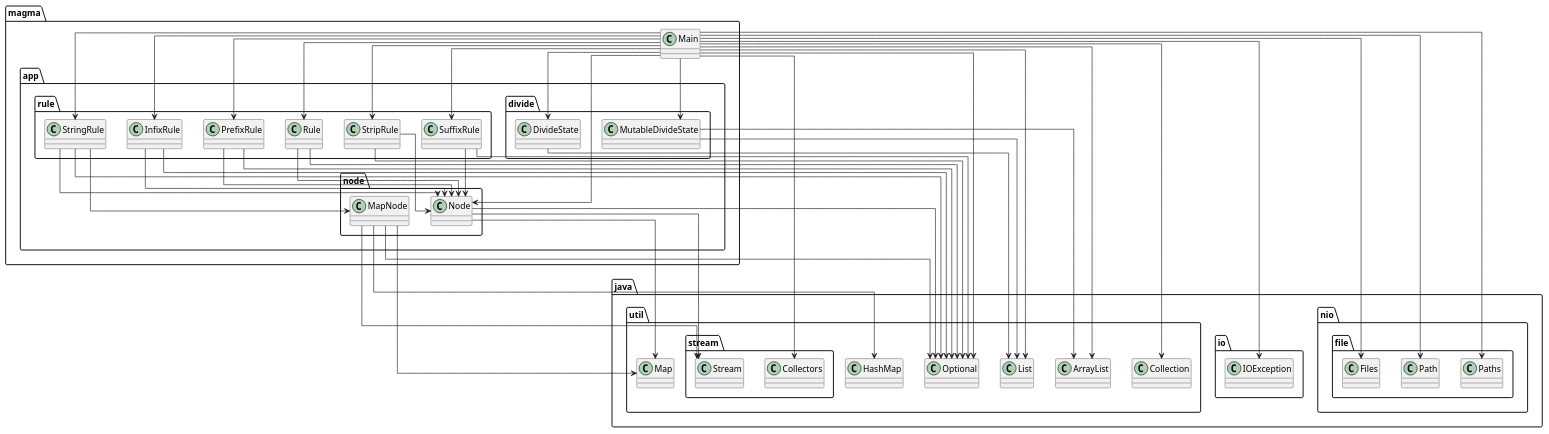
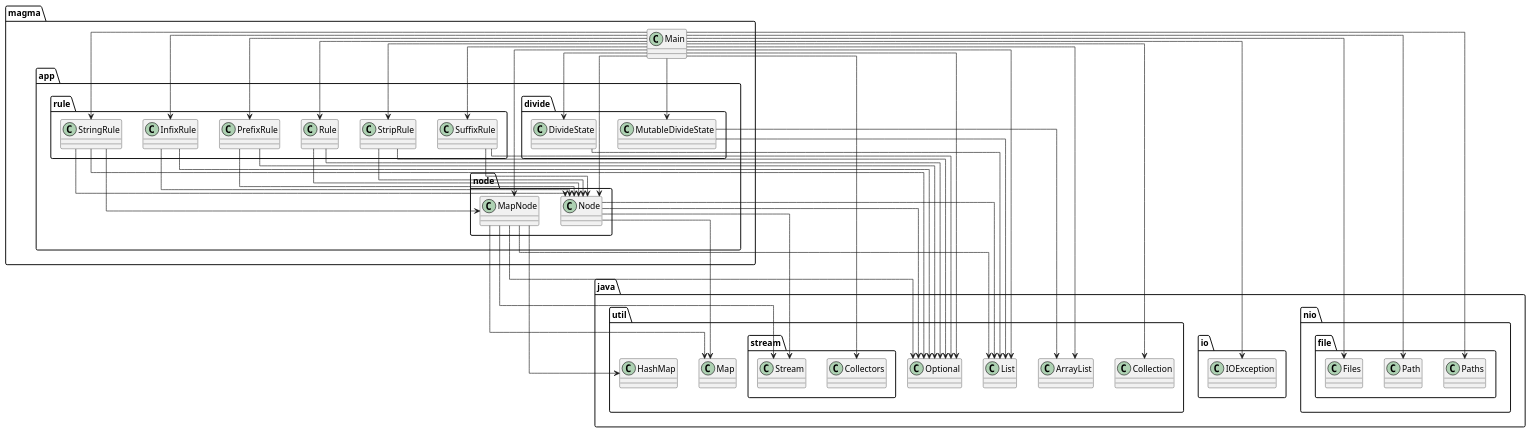
One commit to SirMathhman/Magma changed the diagram in diagram.puml. Above: the diagram before and after it, drawn with PlantUML. The commit also changed 3 other files, not shown here.

```diff
--- a/diagram.puml
+++ b/diagram.puml
@@ -1,55 +1,58 @@
 @startuml
 skinparam linetype ortho
 class magma.app.divide.DivideState
 magma.app.divide.DivideState --> java.util.List
 class magma.app.divide.MutableDivideState
 magma.app.divide.MutableDivideState --> java.util.ArrayList
 magma.app.divide.MutableDivideState --> java.util.List
 class magma.app.node.MapNode
 magma.app.node.MapNode --> java.util.HashMap
+magma.app.node.MapNode --> java.util.List
 magma.app.node.MapNode --> java.util.Map
 magma.app.node.MapNode --> java.util.Optional
 magma.app.node.MapNode --> java.util.stream.Stream
 class magma.app.node.Node
+magma.app.node.Node --> java.util.List
 magma.app.node.Node --> java.util.Map
 magma.app.node.Node --> java.util.Optional
 magma.app.node.Node --> java.util.stream.Stream
 class magma.app.rule.InfixRule
 magma.app.rule.InfixRule --> magma.app.node.Node
 magma.app.rule.InfixRule --> java.util.Optional
 class magma.app.rule.PrefixRule
 magma.app.rule.PrefixRule --> magma.app.node.Node
 magma.app.rule.PrefixRule --> java.util.Optional
 class magma.app.rule.Rule
 magma.app.rule.Rule --> magma.app.node.Node
 magma.app.rule.Rule --> java.util.Optional
 class magma.app.rule.StringRule
 magma.app.rule.StringRule --> magma.app.node.MapNode
 magma.app.rule.StringRule --> magma.app.node.Node
 magma.app.rule.StringRule --> java.util.Optional
 class magma.app.rule.StripRule
 magma.app.rule.StripRule --> magma.app.node.Node
 magma.app.rule.StripRule --> java.util.Optional
 class magma.app.rule.SuffixRule
 magma.app.rule.SuffixRule --> magma.app.node.Node
 magma.app.rule.SuffixRule --> java.util.Optional
 class magma.Main
 magma.Main --> magma.app.divide.DivideState
 magma.Main --> magma.app.divide.MutableDivideState
+magma.Main --> magma.app.node.MapNode
 magma.Main --> magma.app.node.Node
 magma.Main --> magma.app.rule.InfixRule
 magma.Main --> magma.app.rule.PrefixRule
 magma.Main --> magma.app.rule.Rule
 magma.Main --> magma.app.rule.StringRule
 magma.Main --> magma.app.rule.StripRule
 magma.Main --> magma.app.rule.SuffixRule
 magma.Main --> java.io.IOException
 magma.Main --> java.nio.file.Files
 magma.Main --> java.nio.file.Path
 magma.Main --> java.nio.file.Paths
 magma.Main --> java.util.ArrayList
 magma.Main --> java.util.Collection
 magma.Main --> java.util.List
 magma.Main --> java.util.Optional
 magma.Main --> java.util.stream.Collectors
 @enduml
```
